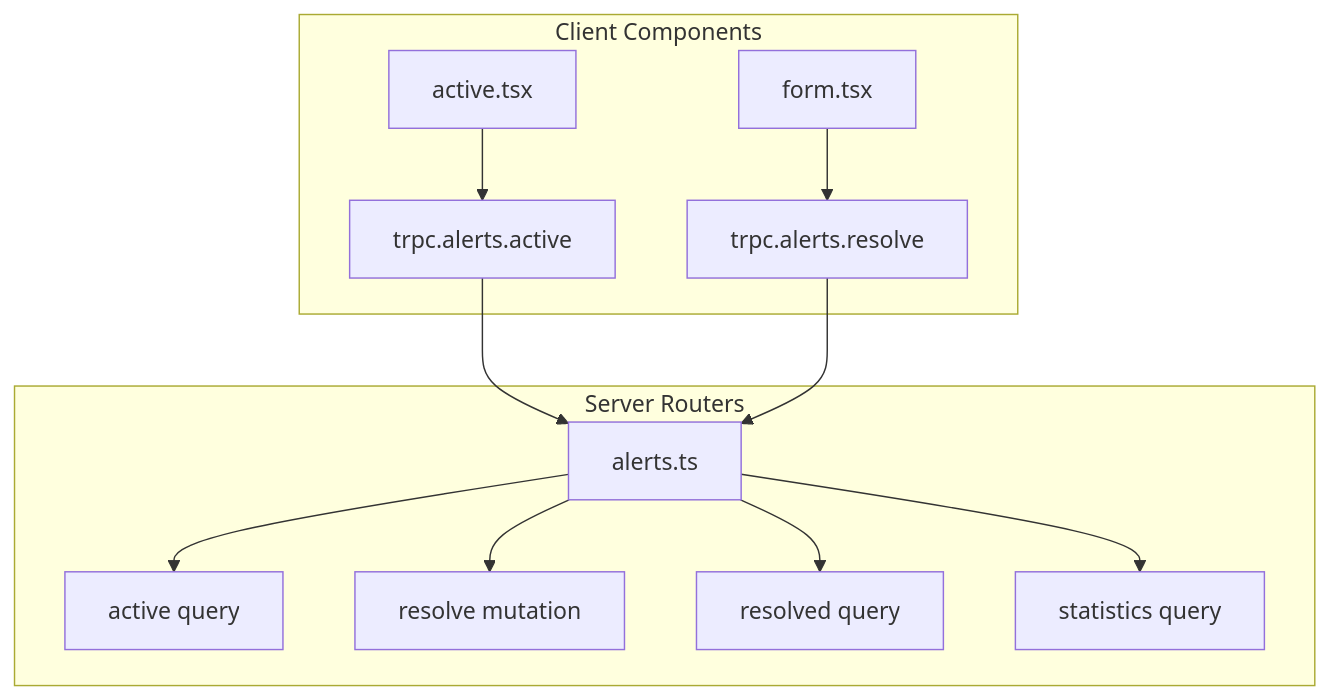
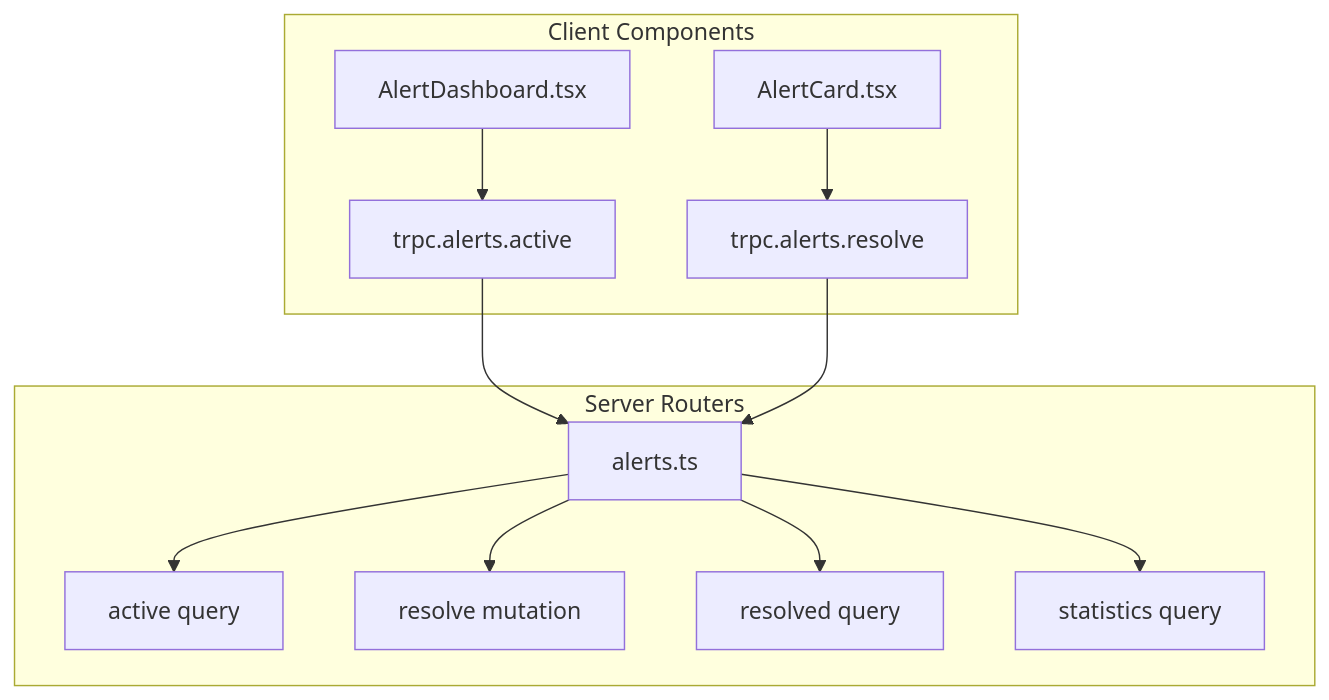
One commit to smedrec/smart-logs changed the second of 2 diagrams in .qoder/repowiki/en/content/Web Application/Alert Management/Active Alerts Management.md. Above: the diagram before and after it, drawn with Mermaid. The commit also changed other lines of this file and 24 other files, not shown here.

````diff
--- a/.qoder/repowiki/en/content/Web Application/Alert Management/Active Alerts Management.md
+++ b/.qoder/repowiki/en/content/Web Application/Alert Management/Active Alerts Management.md
@@ -144,15 +169,15 @@
 ```mermaid
 graph TB
 subgraph "Server Routers"
 A[alerts.ts] --> B[active query]
 A --> C[resolve mutation]
 A --> D[resolved query]
 A --> E[statistics query]
 end
 subgraph "Client Components"
-F[active.tsx] --> G[trpc.alerts.active]
-H[form.tsx] --> I[trpc.alerts.resolve]
+F[AlertDashboard.tsx] --> G[trpc.alerts.active]
+H[AlertCard.tsx] --> I[trpc.alerts.resolve]
 end
 G --> A
 I --> A
 ```
````
